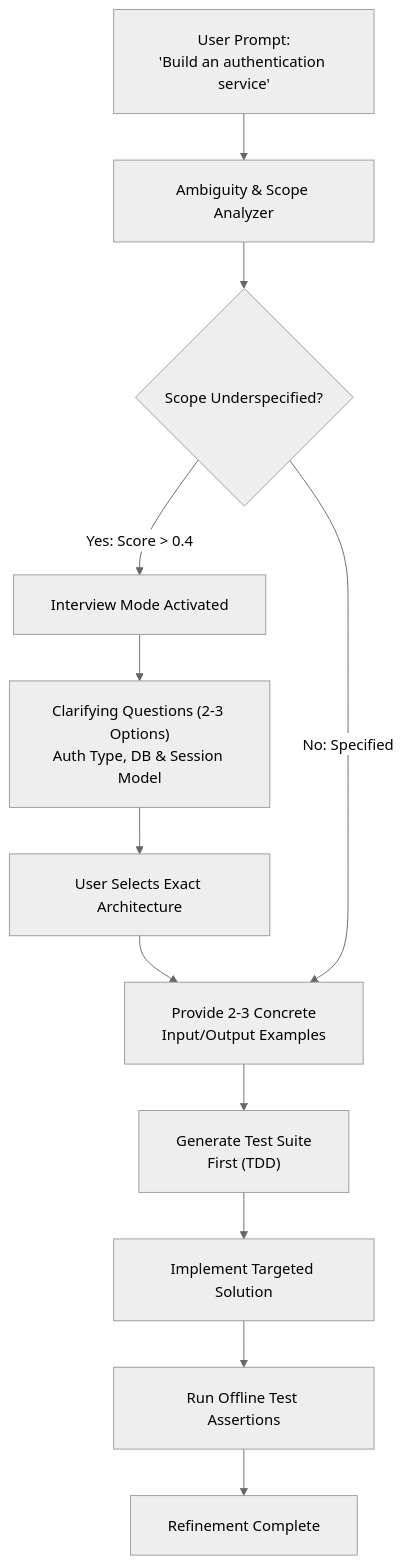
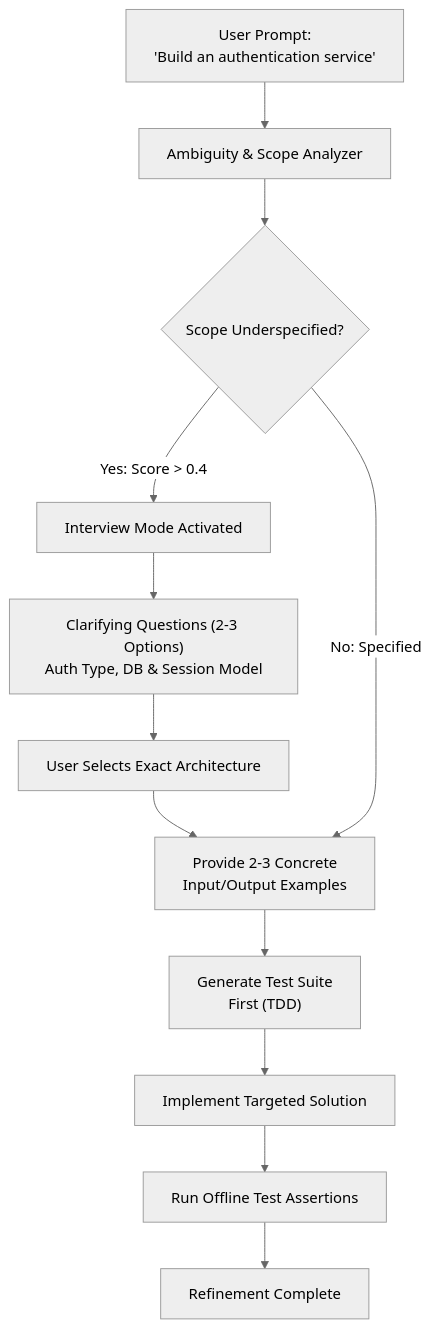
One commit to dip4k/claude_cert_architect_foundation_prep changed the diagram in domain3/ts_3_5_iterative_refinement_interview/README.md. Above: the diagram before and after it, drawn with Mermaid (neutral theme). The commit also changed 31 other files, not shown here.

First line of the commit message:
docs(diagrams): fix GitHub Mermaid rendering cut-off, wrappingWidth, and entity escapes across all 32 docs

````diff
--- a/domain3/ts_3_5_iterative_refinement_interview/README.md
+++ b/domain3/ts_3_5_iterative_refinement_interview/README.md
@@ -10,19 +10,19 @@
 ```mermaid
-%%{init: {"flowchart": {"htmlLabels": true, "padding": 20}}}%%
+%%{init: {"flowchart": {"htmlLabels": true, "wrappingWidth": 250}}}%%
 flowchart TD
     UserReq["User Prompt:<br/>'Build an authentication service'"] --> Analyzer["Ambiguity & Scope Analyzer"]
     
     Analyzer --> AmbiguityCheck{"Scope Underspecified?"}
     
-    AmbiguityCheck -- "Yes: Score > 0.4" --> Interview["Interview Mode Activated"]
+    AmbiguityCheck -- "Yes: Score &gt; 0.4" --> Interview["Interview Mode Activated"]
     Interview --> Ask["Clarifying Questions (2-3 Options)<br/>Auth Type, DB & Session Model"]
     Ask --> UserFeedback["User Selects Exact Architecture"]
     
     UserFeedback --> ConcreteIO["Provide 2-3 Concrete<br/>Input/Output Examples"]
     AmbiguityCheck -- "No: Specified" --> ConcreteIO
     
     ConcreteIO --> TestCases["Generate Test Suite<br/>First (TDD)"]
     TestCases --> CodeGen["Implement Targeted Solution"]
     CodeGen --> Verification["Run Offline Test Assertions"]
     Verification --> Success["Refinement Complete"]
 ```
````
